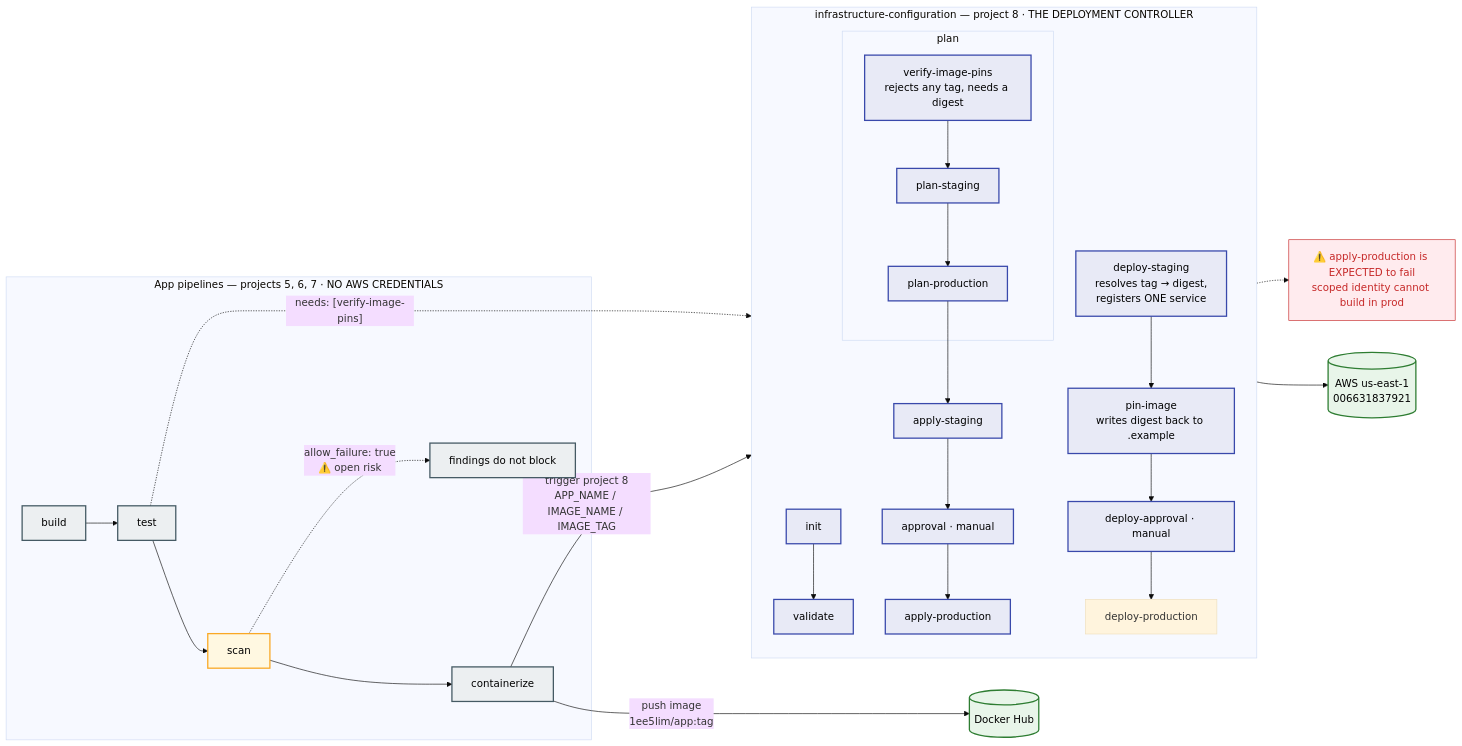
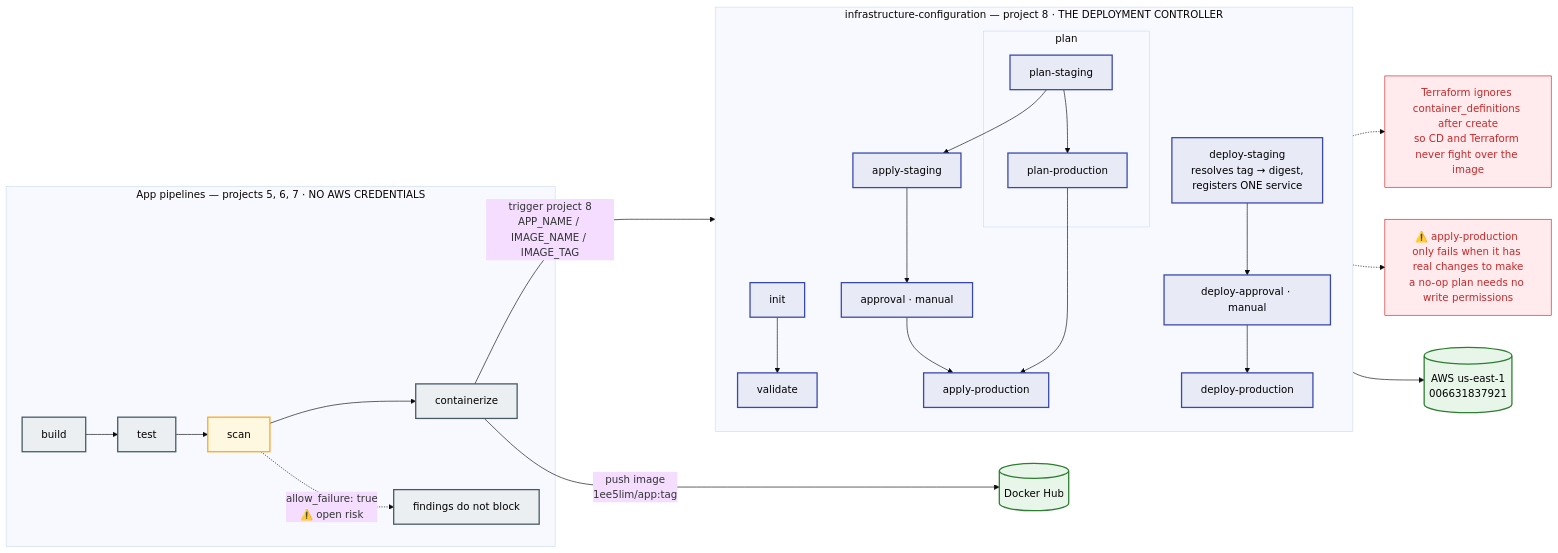
The third of 8 diagrams in docs/ARCHITECTURE-DIAGRAMS.md (oriax11/code-keeper), drawn with Mermaid (base theme) before and after one commit. The commit also changed other lines of this file and 3 other files, not shown here.

````diff
--- a/docs/ARCHITECTURE-DIAGRAMS.md
+++ b/docs/ARCHITECTURE-DIAGRAMS.md
@@ -148,42 +148,41 @@
 ```mermaid
 flowchart LR
     subgraph APP["App pipelines — projects 5, 6, 7 · NO AWS CREDENTIALS"]
         B["build"] --> T["test"] --> S["scan"] --> C["containerize"]
         S -.->|"allow_failure: true<br/>⚠️ open risk"| SCAN["findings do not block"]
     end
 
     C -->|"push image<br/>1ee5lim/app:tag"| REG[("Docker Hub")]
     C -->|"trigger project 8<br/>APP_NAME / IMAGE_NAME / IMAGE_TAG"| INF
 
     subgraph INF["infrastructure-configuration — project 8 · THE DEPLOYMENT CONTROLLER"]
         direction TB
         I["init"] --> V["validate"]
         subgraph PLAN["plan"]
-            VP["verify-image-pins<br/>rejects any tag, needs a digest"]
             PS["plan-staging"] --> PP["plan-production"]
         end
         AS["apply-staging"] --> APPR["approval · manual"] --> AP["apply-production"]
-        VP --> PS
-        PP --> AS
-        DS["deploy-staging<br/>resolves tag → digest,<br/>registers ONE service"] --> PIN["pin-image<br/>writes digest back to .example"]
-        PIN --> DA["deploy-approval · manual"] --> DP["deploy-production"]
+        PS --> AS
+        PP --> AP
+        DS["deploy-staging<br/>resolves tag → digest,<br/>registers ONE service"] --> DA["deploy-approval · manual"] --> DP["deploy-production"]
     end
 
-    T -.->|"needs: [verify-image-pins]"| VP
+    IGN["Terraform ignores container_definitions after create<br/>so CD and Terraform never fight over the image"]
+    DS -.-> IGN
     INF --> AWS[("AWS us-east-1<br/>006631837921")]
 
-    FAIL["⚠️ apply-production is EXPECTED to fail<br/>scoped identity cannot build in prod"]
+    FAIL["⚠️ apply-production only fails when it has real changes to make<br/>a no-op plan needs no write permissions"]
     AP -.-> FAIL
 
     classDef appci fill:#eceff1,stroke:#455a64,stroke-width:2px,color:#000
     classDef cd fill:#e8eaf6,stroke:#3949ab,stroke-width:2px,color:#000
     classDef store fill:#e8f5e9,stroke:#2e7d32,stroke-width:2px,color:#000
     classDef deny fill:#ffebee,stroke:#c62828,stroke-width:1px,color:#c62828
     classDef warn fill:#fff8e1,stroke:#f9a825,stroke-width:2px,color:#000
 
     class B,T,S,C,SCAN appci
-    class I,V,VP,PS,PP,AS,APPR,AP,DS,PIN,DA cd
+    class I,V,PS,PP,AS,APPR,AP,DS,DA,DP cd
     class REG,AWS store
-    class FAIL deny
+    class FAIL,IGN deny
     class S warn
 ```
````
